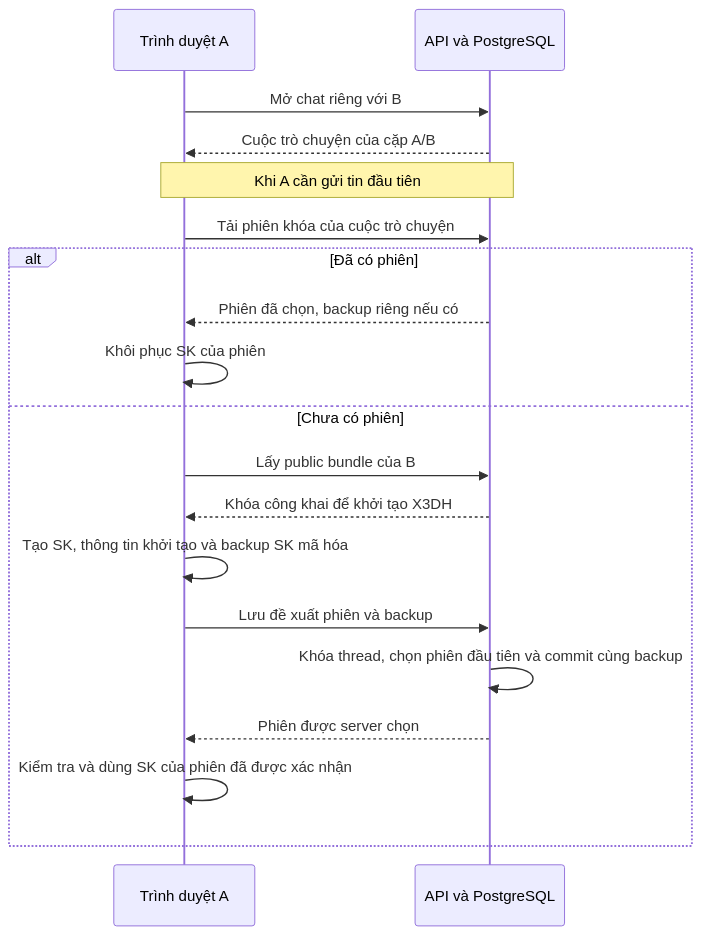
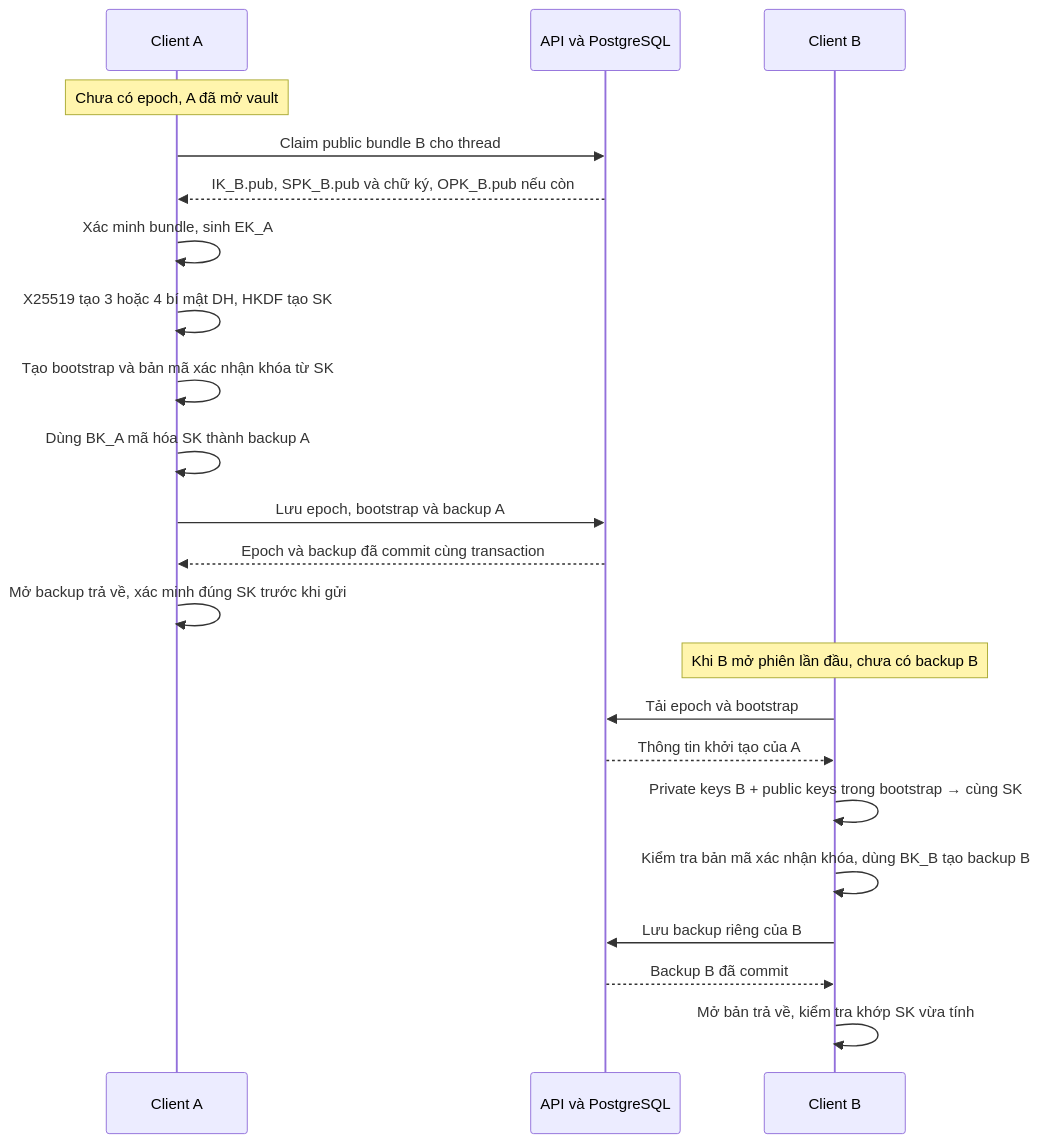
One commit to daoquocdai/Project_IT4409 changed the tenth of 13 diagrams in docs/project-flows.md. Above: the diagram before and after it, drawn with Mermaid. The commit also changed other lines of this file, not shown here.

Commit message:
docs: làm rõ luồng mã hóa và khôi phục E2EE

````diff
--- a/docs/project-flows.md
+++ b/docs/project-flows.md
@@ -177,21 +258,24 @@
 ```mermaid
 sequenceDiagram
-    participant A as Trình duyệt A
-    participant API as API và PostgreSQL
-    A->>API: Mở chat riêng với B
-    API-->>A: Cuộc trò chuyện của cặp A/B
-    Note over A,API: Khi A cần gửi tin đầu tiên
-    A->>API: Tải phiên khóa của cuộc trò chuyện
-    alt Đã có phiên
-        API-->>A: Phiên đã chọn, backup riêng nếu có
-        A->>A: Khôi phục SK của phiên
-    else Chưa có phiên
-        A->>API: Lấy public bundle của B
-        API-->>A: Khóa công khai để khởi tạo X3DH
-        A->>A: Tạo SK, thông tin khởi tạo và backup SK mã hóa
-        A->>API: Lưu đề xuất phiên và backup
-        API->>API: Khóa thread, chọn phiên đầu tiên và commit cùng backup
-        API-->>A: Phiên được server chọn
-        A->>A: Kiểm tra và dùng SK của phiên đã được xác nhận
-    end
+    participant A as Client A
+    participant S as API và PostgreSQL
+    participant B as Client B
+    Note over A: Chưa có epoch, A đã mở vault
+    A->>S: Claim public bundle B cho thread
+    S-->>A: IK_B.pub, SPK_B.pub và chữ ký, OPK_B.pub nếu còn
+    A->>A: Xác minh bundle, sinh EK_A
+    A->>A: X25519 tạo 3 hoặc 4 bí mật DH, HKDF tạo SK
+    A->>A: Tạo bootstrap và bản mã xác nhận khóa từ SK
+    A->>A: Dùng BK_A mã hóa SK thành backup A
+    A->>S: Lưu epoch, bootstrap và backup A
+    S-->>A: Epoch và backup đã commit cùng transaction
+    A->>A: Mở backup trả về, xác minh đúng SK trước khi gửi
+    Note over B: Khi B mở phiên lần đầu, chưa có backup B
+    B->>S: Tải epoch và bootstrap
+    S-->>B: Thông tin khởi tạo của A
+    B->>B: Private keys B + public keys trong bootstrap → cùng SK
+    B->>B: Kiểm tra bản mã xác nhận khóa, dùng BK_B tạo backup B
+    B->>S: Lưu backup riêng của B
+    S-->>B: Backup B đã commit
+    B->>B: Mở bản trả về, kiểm tra khớp SK vừa tính
 ```
````
